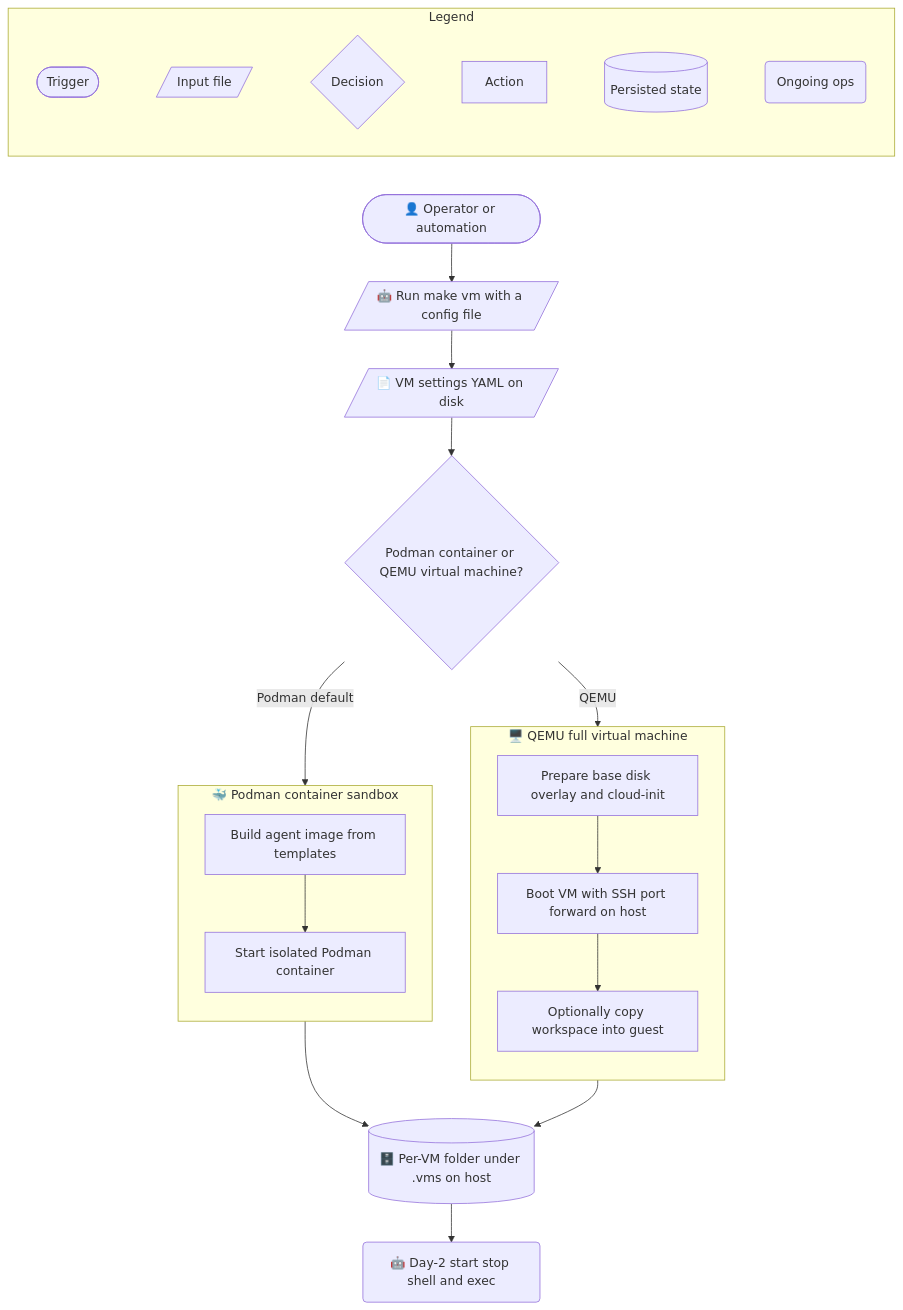
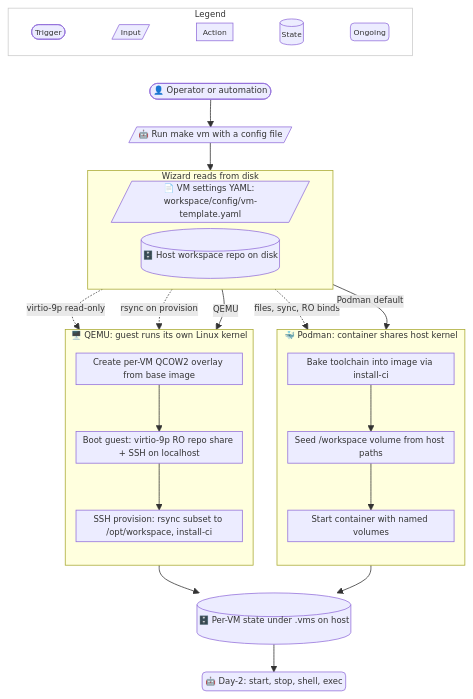
One commit to Independent-AI-Labs/WORKSPACE-VM changed the second of 3 diagrams in README.md. Above: the diagram before and after it, drawn with Mermaid. The commit also changed other lines of this file, not shown here.

First line of the commit message:
docs: refactor README mermaid diagrams and VM workspace sharing

````diff
--- a/README.md
+++ b/README.md
@@ -163,38 +169,51 @@
 ```mermaid
+%%{init: {'flowchart': {'nodeSpacing': 8, 'rankSpacing': 36, 'padding': 4}, 'themeVariables': {'fontSize': '11px'}}}%%
 flowchart TB
   subgraph legend [Legend]
     direction LR
-    legTrigger([Trigger]) ~~~ legInput[/Input file/] ~~~ legDecision{Decision} ~~~ legAction[Action] ~~~ legStore[(Persisted state)] ~~~ legOngoing(Ongoing ops)
+    legTrigger([Trigger]) ~~~ legInput[/Input/] ~~~ legAction[Action] ~~~ legStore[(State)] ~~~ legOngoing(Ongoing)
   end
+  classDef legendItem font-size:10px,stroke-width:1px
+  class legTrigger,legInput,legAction,legStore,legOngoing legendItem
+  style legend fill:transparent,stroke:#ccc,stroke-width:1px
 
   legOngoing ~~~ operator
 
   operator(["👤 Operator or automation"])
   launch[/"🤖 Run make vm with a config file"/]
-  settings[/"📄 VM settings YAML on disk"/]
 
-  pick{Podman container or QEMU virtual machine?}
-
-  subgraph podmanPath ["🐳 Podman container sandbox"]
-    direction TB
-    buildImage[Build agent image from templates]
-    runContainer[Start isolated Podman container]
-    buildImage --> runContainer
+  subgraph diskInputs ["Wizard reads from disk"]
+    direction LR
+    settings[/"📄 VM settings YAML: workspace/config/vm-template.yaml"/]
+    hostWorkspace[("🗄️ Host workspace repo on disk")]
   end
 
-  subgraph qemuPath ["🖥️ QEMU full virtual machine"]
+  subgraph podmanPath ["🐳 Podman: container shares host kernel"]
     direction TB
-    prepareDisk[Prepare base disk overlay and cloud-init]
-    bootVm[Boot VM with SSH port forward on host]
-    copyWorkspace[Optionally copy workspace into guest]
-    prepareDisk --> bootVm --> copyWorkspace
+    buildImage[Bake toolchain into image via install-ci]
+    seedVolume[Seed /workspace volume from host paths]
+    runContainer[Start container with named volumes]
+    buildImage --> seedVolume --> runContainer
   end
 
-  persisted[("🗄️ Per-VM folder under .vms on host")]
-  dayTwo("🤖 Day-2 start stop shell and exec")
+  subgraph qemuPath ["🖥️ QEMU: guest runs its own Linux kernel"]
+    direction TB
+    overlayDisk[Create per-VM QCOW2 overlay from base image]
+    bootGuest[Boot guest: virtio-9p RO repo share + SSH on localhost]
+    provisionGuest[SSH provision: rsync subset to /opt/workspace, install-ci]
+    overlayDisk --> bootGuest --> provisionGuest
+  end
 
-  operator --> launch --> settings --> pick
-  pick -->|Podman default| podmanPath --> persisted
-  pick -->|QEMU| qemuPath --> persisted
+  persisted[("🗄️ Per-VM state under .vms on host")]
+  dayTwo("🤖 Day-2: start, stop, shell, exec")
+
+  operator --> launch --> diskInputs
+  settings -->|Podman default| podmanPath
+  settings -->|QEMU| qemuPath
+  hostWorkspace -.->|files, sync, RO binds| seedVolume
+  hostWorkspace -.->|virtio-9p read-only| bootGuest
+  hostWorkspace -.->|rsync on provision| provisionGuest
+  podmanPath --> persisted
+  qemuPath --> persisted
   persisted --> dayTwo
 ```
````
